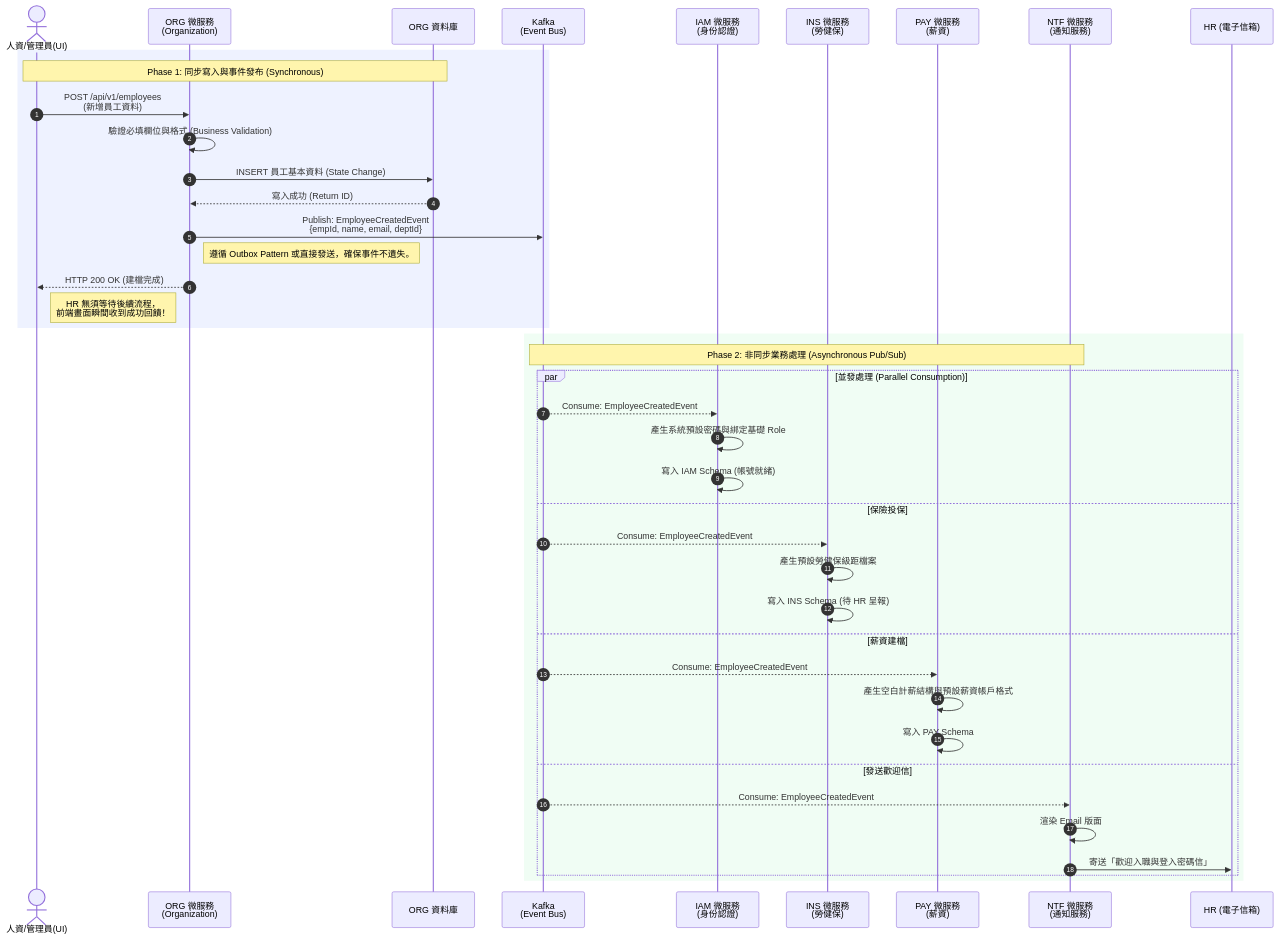
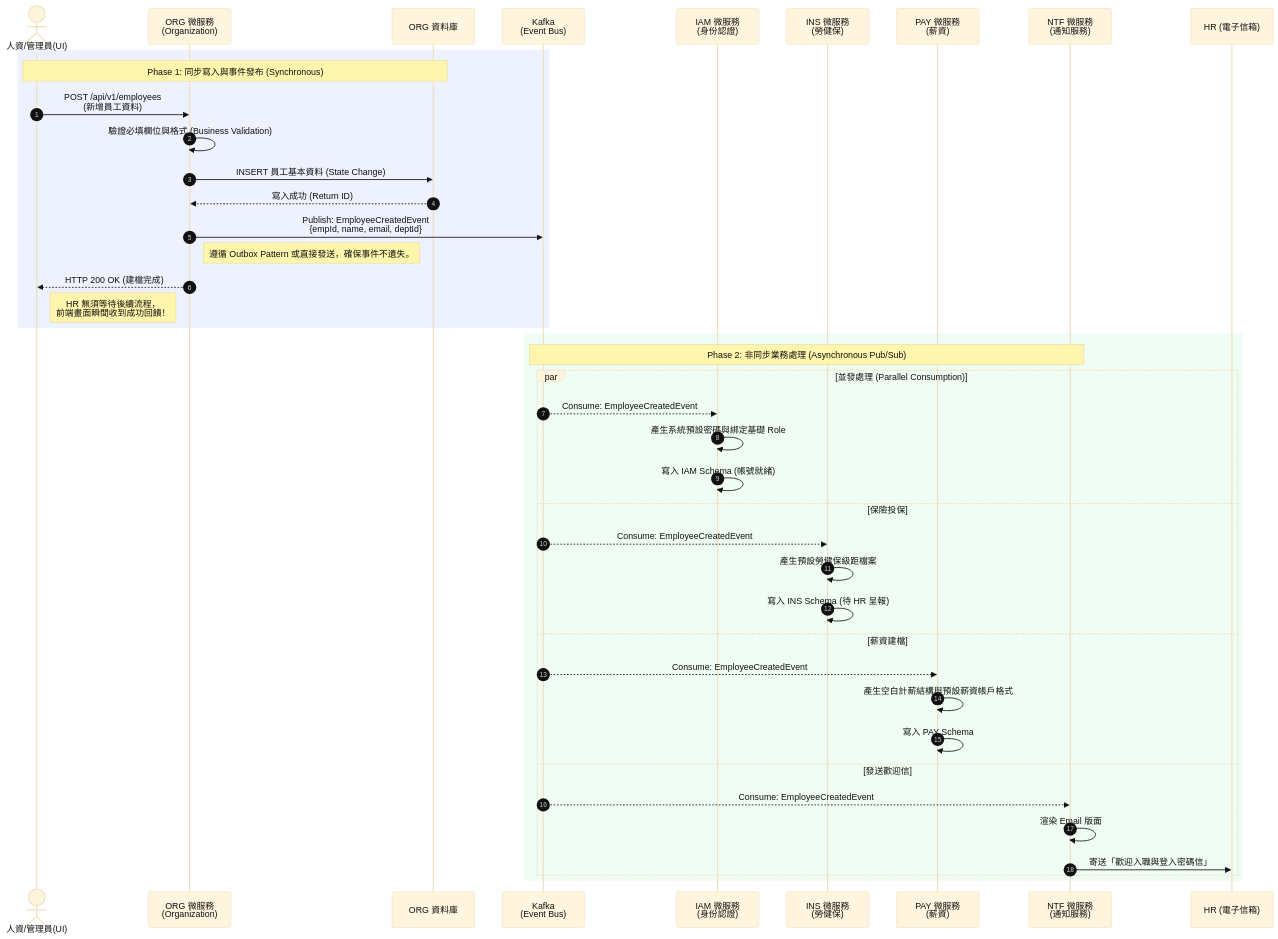
The diagram in knowledge/01_CORE_SEQUENCE_DIAGRAM.md (k6jo3/hr-sytsem-tw), drawn with Mermaid before and after one commit. The commit also changed 1 other file, not shown here.

Commit message:
修正Mermaid的文字以及圖片清晰度

````diff
--- a/knowledge/01_CORE_SEQUENCE_DIAGRAM.md
+++ b/knowledge/01_CORE_SEQUENCE_DIAGRAM.md
@@ -9,56 +9,57 @@
 ```mermaid
+%%{init: {'theme': 'base', 'themeVariables': { 'fontSize': '16px', 'fontFamily': 'sans-serif', 'textColor': '#111111', 'actorTextColor': '#111111', 'messageTextColor': '#111111', 'noteTextColor': '#111111', 'lineColor': '#333333'}}}%%
 sequenceDiagram
     autonumber
     
     %% 定義參與者
     actor HR as 人資/管理員(UI)
     participant ORG as ORG 微服務<br/>(Organization)
     participant DB_ORG as ORG 資料庫
     participant Kafka as Kafka<br/>(Event Bus)
     participant IAM as IAM 微服務<br/>(身份認證)
     participant INS as INS 微服務<br/>(勞健保)
     participant PAY as PAY 微服務<br/>(薪資)
     participant NTF as NTF 微服務<br/>(通知服務)
 
     %% 同步建立流程
     rect rgb(238, 242, 255)
         Note over HR, DB_ORG: Phase 1: 同步寫入與事件發布 (Synchronous)
         HR->>ORG: POST /api/v1/employees<br/>(新增員工資料)
         ORG->>ORG: 驗證必填欄位與格式 (Business Validation)
         ORG->>DB_ORG: INSERT 員工基本資料 (State Change)
         DB_ORG-->>ORG: 寫入成功 (Return ID)
         
         %% 發送事件
         ORG->>Kafka: Publish: EmployeeCreatedEvent<br/>{empId, name, email, deptId}
         Note right of ORG: 遵循 Outbox Pattern 或直接發送，確保事件不遺失。
         
         ORG-->>HR: HTTP 200 OK (建檔完成)
         Note left of ORG: HR 無須等待後續流程，<br/>前端畫面瞬間收到成功回饋！
     end
 
     %% 非同步訂閱流程
     rect rgb(240, 253, 244)
         Note over Kafka, NTF: Phase 2: 非同步業務處理 (Asynchronous Pub/Sub)
         
         par 並發處理 (Parallel Consumption)
             Kafka-->>IAM: Consume: EmployeeCreatedEvent
             IAM->>IAM: 產生系統預設密碼與綁定基礎 Role
             IAM->>IAM: 寫入 IAM Schema (帳號就緒)
             
         and 保險投保
             Kafka-->>INS: Consume: EmployeeCreatedEvent
             INS->>INS: 產生預設勞健保級距檔案
             INS->>INS: 寫入 INS Schema (待 HR 呈報)
             
         and 薪資建檔
             Kafka-->>PAY: Consume: EmployeeCreatedEvent
             PAY->>PAY: 產生空白計薪結構與預設薪資帳戶格式
             PAY->>PAY: 寫入 PAY Schema
             
         and 發送歡迎信
             Kafka-->>NTF: Consume: EmployeeCreatedEvent
             NTF->>NTF: 渲染 Email 版面
             NTF->>HR (電子信箱): 寄送「歡迎入職與登入密碼信」
         end
     end
 ```
````
